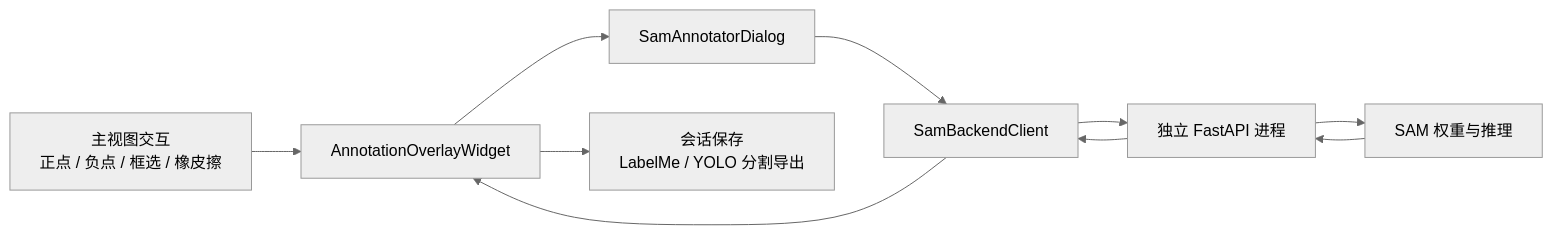
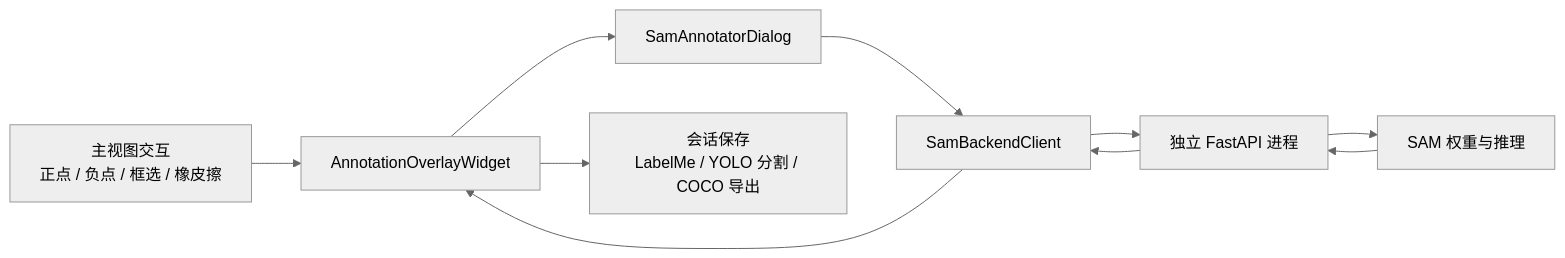
The fourth of 4 diagrams in docs/architecture.md (Bitfultea/DeepLux), drawn with Mermaid (neutral theme) before and after one commit. The commit also changed other lines of this file and 23 other files, not shown here.

````diff
--- a/docs/architecture.md
+++ b/docs/architecture.md
@@ -148,12 +148,12 @@
 ```mermaid
 flowchart LR
     User[主视图交互<br/>正点 / 负点 / 框选 / 橡皮擦] --> Overlay[AnnotationOverlayWidget]
     Overlay --> Dialog[SamAnnotatorDialog]
     Dialog --> Client[SamBackendClient]
     Client --> Server[独立 FastAPI 进程]
     Server --> Model[SAM 权重与推理]
     Model --> Server
     Server --> Client
     Client --> Overlay
-    Overlay --> Export[会话保存<br/>LabelMe / YOLO 分割导出]
+    Overlay --> Export[会话保存<br/>LabelMe / YOLO 分割 / COCO 导出]
 ```
````
